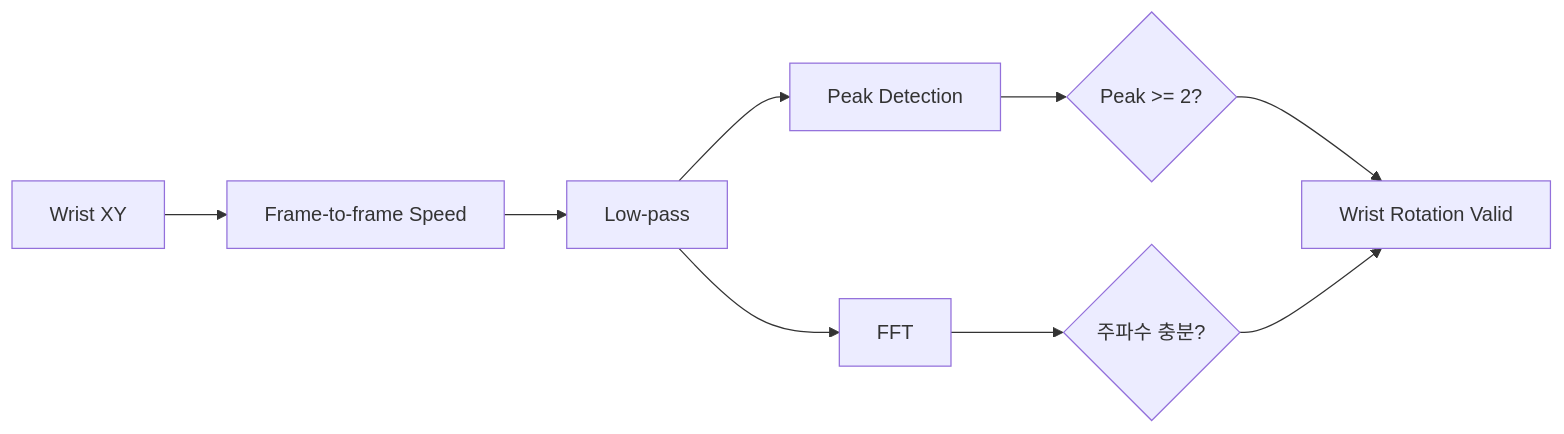
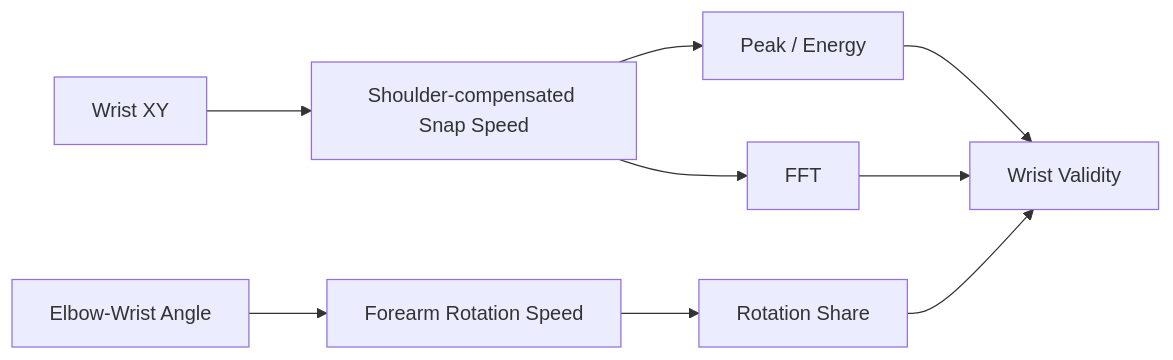
Before and after one commit to Hooneybadger/jump-rope-detector: the fifth of 6 diagrams in double_jump/README.md, drawn with Mermaid. The commit also changed other lines of this file and 3 other files, not shown here.

````diff
--- a/double_jump/README.md
+++ b/double_jump/README.md
@@ -208,11 +186,11 @@
 ```mermaid
 flowchart LR
-    A[Wrist XY] --> B[Frame-to-frame Speed]
-    B --> C[Low-pass]
-    C --> D[Peak Detection]
-    C --> E[FFT]
-    D --> F{Peak >= 2?}
-    E --> G{주파수 충분?}
-    F --> H[Wrist Rotation Valid]
-    G --> H
+    A[Wrist XY] --> B[Shoulder-compensated Snap Speed]
+    C[Elbow-Wrist Angle] --> D[Forearm Rotation Speed]
+    B --> E[Peak / Energy]
+    D --> F[Rotation Share]
+    E --> G[Wrist Validity]
+    F --> G
+    B --> H[FFT]
+    H --> G
 ```
````
